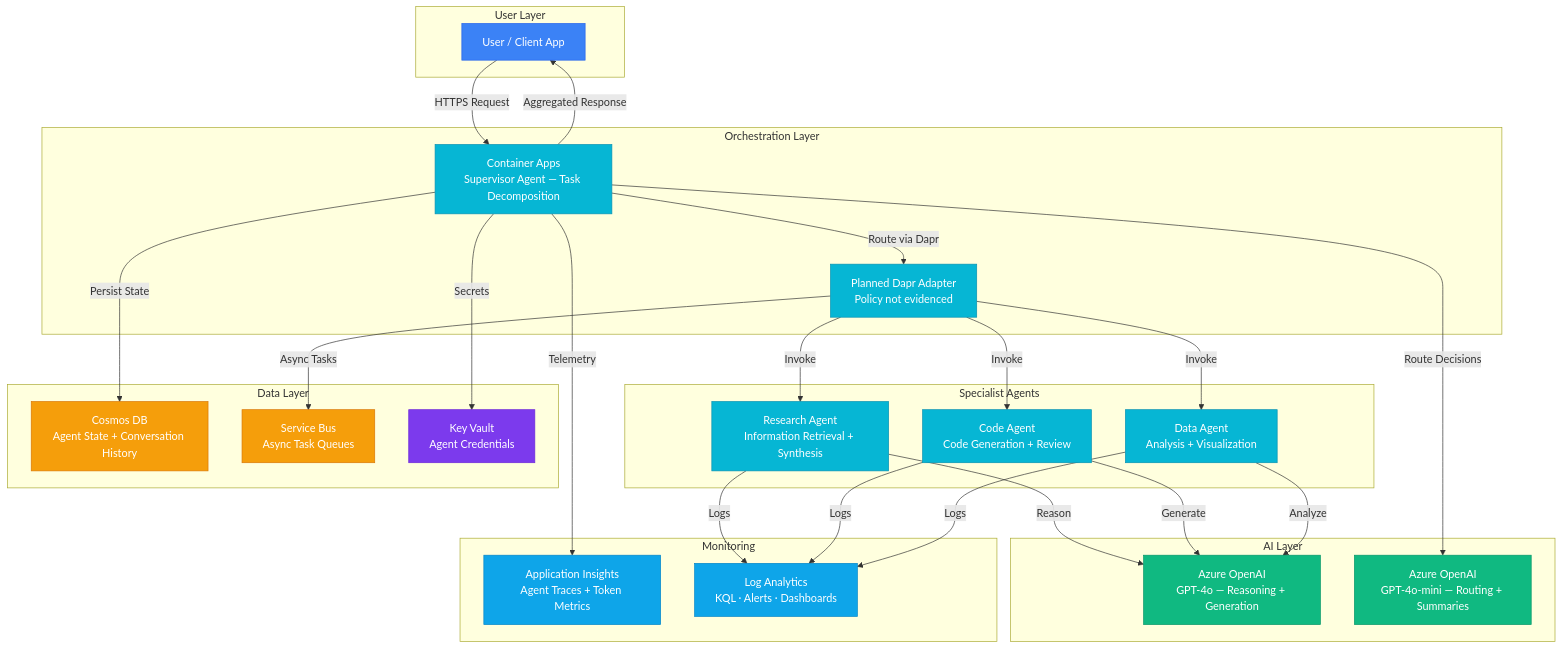
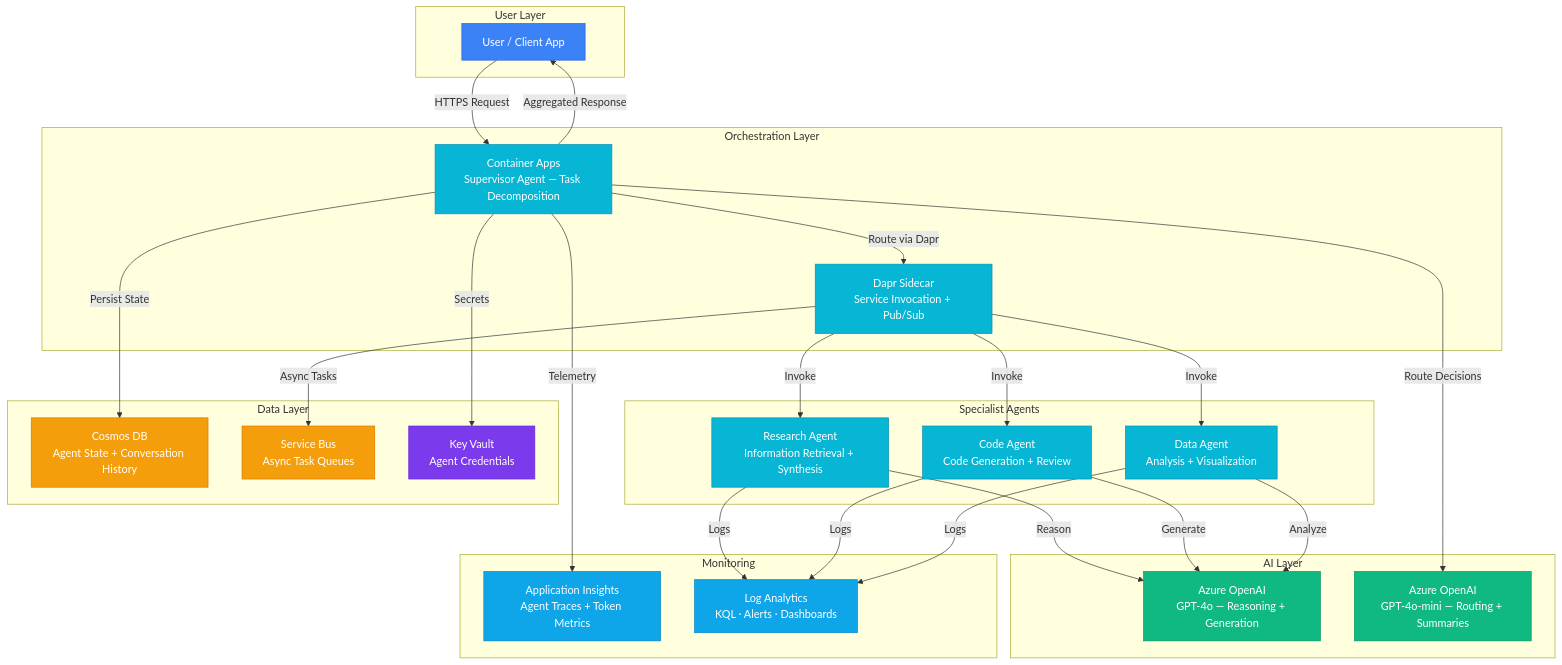
Before and after one commit to frootai/frootai: the diagram in solution-plays/07-multi-agent-service/architecture.md, drawn with Mermaid. The commit also changed other lines of this file and 108 other files, not shown here.

````diff
--- a/solution-plays/07-multi-agent-service/architecture.md
+++ b/solution-plays/07-multi-agent-service/architecture.md
@@ -9,65 +9,65 @@
 ```mermaid
 graph TB
     subgraph User Layer
         User[User / Client App]
     end
 
     subgraph Orchestration Layer
         Supervisor[Container Apps<br/>Supervisor Agent — Task Decomposition]
-        Dapr[Planned Dapr Adapter<br/>Policy not evidenced]
+        Dapr[Dapr Sidecar<br/>Service Invocation + Pub/Sub]
     end
 
     subgraph Specialist Agents
         Research[Research Agent<br/>Information Retrieval + Synthesis]
         Code[Code Agent<br/>Code Generation + Review]
         Data[Data Agent<br/>Analysis + Visualization]
     end
 
     subgraph AI Layer
         OpenAI[Azure OpenAI<br/>GPT-4o — Reasoning + Generation]
         OpenAIMini[Azure OpenAI<br/>GPT-4o-mini — Routing + Summaries]
     end
 
     subgraph Data Layer
         Cosmos[Cosmos DB<br/>Agent State + Conversation History]
         ServiceBus[Service Bus<br/>Async Task Queues]
         KV[Key Vault<br/>Agent Credentials]
     end
 
     subgraph Monitoring
         AppInsights[Application Insights<br/>Agent Traces + Token Metrics]
         LogAnalytics[Log Analytics<br/>KQL · Alerts · Dashboards]
     end
 
     User -->|HTTPS Request| Supervisor
     Supervisor -->|Route via Dapr| Dapr
     Dapr -->|Invoke| Research
     Dapr -->|Invoke| Code
     Dapr -->|Invoke| Data
     Research -->|Reason| OpenAI
     Code -->|Generate| OpenAI
     Data -->|Analyze| OpenAI
     Supervisor -->|Route Decisions| OpenAIMini
     Supervisor -->|Persist State| Cosmos
     Dapr -->|Async Tasks| ServiceBus
     Supervisor -->|Secrets| KV
     Supervisor -->|Aggregated Response| User
     Supervisor -->|Telemetry| AppInsights
     Research -->|Logs| LogAnalytics
     Code -->|Logs| LogAnalytics
     Data -->|Logs| LogAnalytics
 
     style User fill:#3b82f6,color:#fff,stroke:#2563eb
     style Supervisor fill:#06b6d4,color:#fff,stroke:#0891b2
     style Dapr fill:#06b6d4,color:#fff,stroke:#0891b2
     style Research fill:#06b6d4,color:#fff,stroke:#0891b2
     style Code fill:#06b6d4,color:#fff,stroke:#0891b2
     style Data fill:#06b6d4,color:#fff,stroke:#0891b2
     style OpenAI fill:#10b981,color:#fff,stroke:#059669
     style OpenAIMini fill:#10b981,color:#fff,stroke:#059669
     style Cosmos fill:#f59e0b,color:#fff,stroke:#d97706
     style ServiceBus fill:#f59e0b,color:#fff,stroke:#d97706
     style KV fill:#7c3aed,color:#fff,stroke:#6d28d9
     style AppInsights fill:#0ea5e9,color:#fff,stroke:#0284c7
     style LogAnalytics fill:#0ea5e9,color:#fff,stroke:#0284c7
 ```
````
